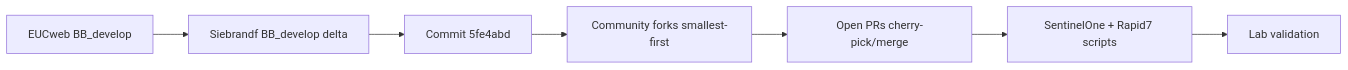
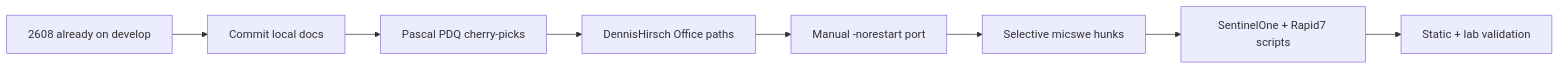
One commit to JonathanPitre/BIS-F changed the diagram in bisf-fork-merge-plan.md. Above: the diagram before and after it, drawn with Mermaid. The commit also changed other lines of this file and 7 other files, not shown here.

````diff
--- a/bisf-fork-merge-plan.md
+++ b/bisf-fork-merge-plan.md
@@ -29,9 +31,10 @@
 ```mermaid
 flowchart LR
-    upstream["EUCweb BB_develop"] --> siebrandf["Siebrandf BB_develop delta"]
-    siebrandf --> commit5["Commit 5fe4abd"]
-    commit5 --> forks["Community forks smallest-first"]
-    forks --> prs["Open PRs cherry-pick/merge"]
-    prs --> agents["SentinelOne + Rapid7 scripts"]
-    agents --> validate["Lab validation"]
+  branch2608["2608 already on develop"] --> docs["Commit local docs"]
+  docs --> pascal["Pascal PDQ cherry-picks"]
+  pascal --> dennis["DennisHirsch Office paths"]
+  dennis --> norestart["Manual -norestart port"]
+  norestart --> micswe["Selective micswe hunks"]
+  micswe --> agents["SentinelOne + Rapid7 scripts"]
+  agents --> validate["Static + lab validation"]
 ```
````
